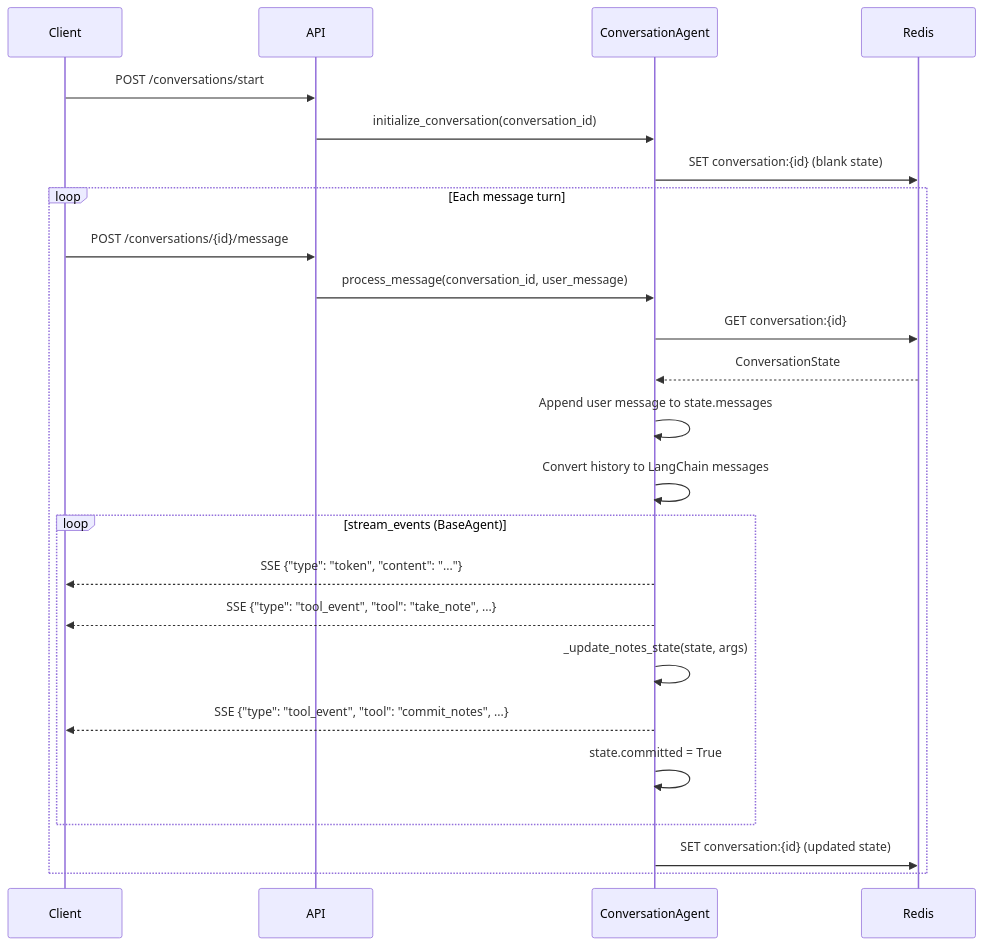
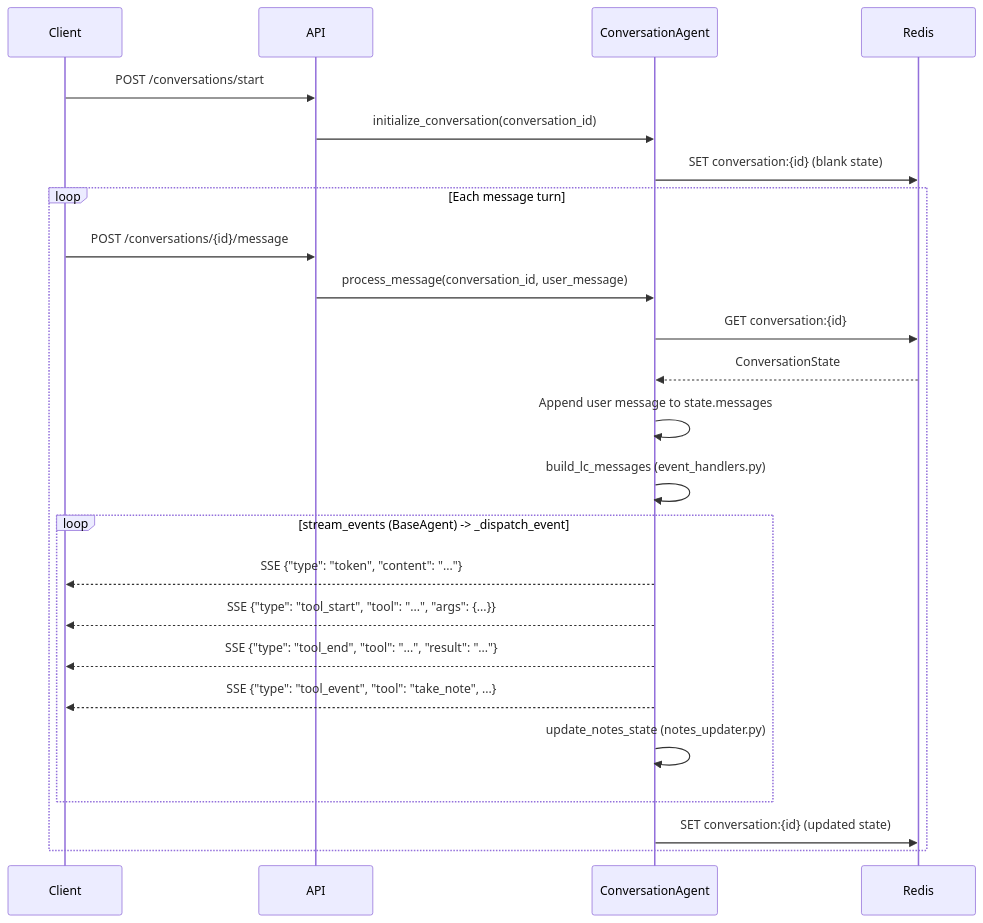
Before and after one commit to h19overflow/ARIA: the diagram in src/agentic_system/conversation/README.md, drawn with Mermaid. The commit also changed other lines of this file and 6 other files, not shown here.

First line of the commit message:
Refactor conversation agent into modules and add tool events

````diff
--- a/src/agentic_system/conversation/README.md
+++ b/src/agentic_system/conversation/README.md
@@ -38,31 +44,31 @@
 ```mermaid
 sequenceDiagram
     participant Client
     participant API
     participant Agent as ConversationAgent
     participant Redis
 
     Client->>API: POST /conversations/start
     API->>Agent: initialize_conversation(conversation_id)
     Agent->>Redis: SET conversation:{id} (blank state)
 
     loop Each message turn
         Client->>API: POST /conversations/{id}/message
         API->>Agent: process_message(conversation_id, user_message)
         Agent->>Redis: GET conversation:{id}
         Redis-->>Agent: ConversationState
 
         Agent->>Agent: Append user message to state.messages
-        Agent->>Agent: Convert history to LangChain messages
+        Agent->>Agent: build_lc_messages (event_handlers.py)
 
-        loop stream_events (BaseAgent)
+        loop stream_events (BaseAgent) -> _dispatch_event
             Agent-->>Client: SSE {"type": "token", "content": "..."}
+            Agent-->>Client: SSE {"type": "tool_start", "tool": "...", "args": {...}}
+            Agent-->>Client: SSE {"type": "tool_end", "tool": "...", "result": "..."}
             Agent-->>Client: SSE {"type": "tool_event", "tool": "take_note", ...}
-            Agent->>Agent: _update_notes_state(state, args)
-            Agent-->>Client: SSE {"type": "tool_event", "tool": "commit_notes", ...}
-            Agent->>Agent: state.committed = True
+            Agent->>Agent: update_notes_state (notes_updater.py)
         end
 
         Agent->>Redis: SET conversation:{id} (updated state)
     end
 ```
````
